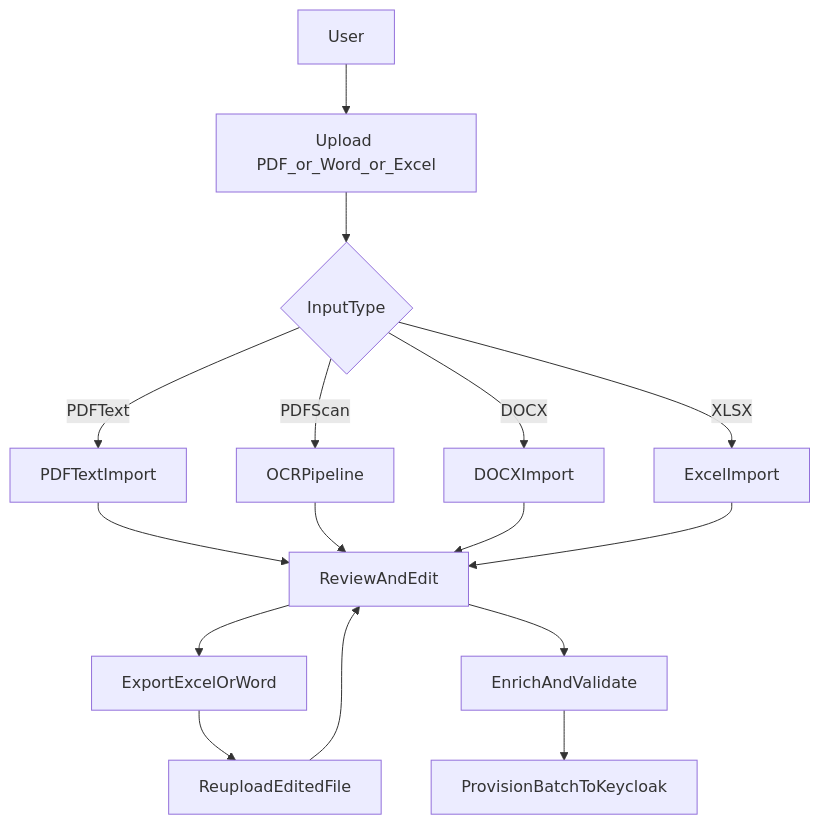
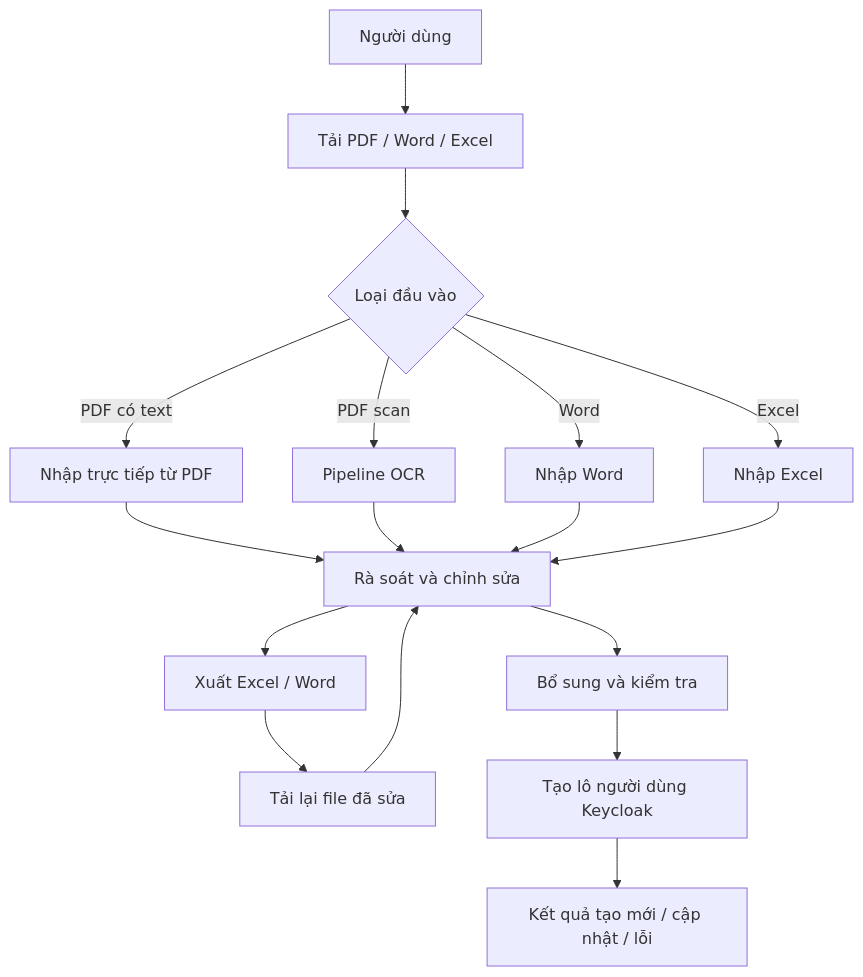
One commit to minh4doin1/ocr-banca changed the first of 2 diagrams in ocr-service/docs/bao-cao-he-thong-ocr-banca.md. Above: the diagram before and after it, drawn with Mermaid. The commit also changed other lines of this file and 7 other files, not shown here.

````diff
--- a/ocr-service/docs/bao-cao-he-thong-ocr-banca.md
+++ b/ocr-service/docs/bao-cao-he-thong-ocr-banca.md
@@ -63,18 +61,19 @@
 ```mermaid
 flowchart TD
-    user[User] --> upload[Upload PDF_or_Word_or_Excel]
-    upload --> detectInput{InputType}
-    detectInput -->|PDFText| pdfTextImport[PDFTextImport]
-    detectInput -->|PDFScan| ocrPipeline[OCRPipeline]
-    detectInput -->|DOCX| docxImport[DOCXImport]
-    detectInput -->|XLSX| excelImport[ExcelImport]
-    pdfTextImport --> review[ReviewAndEdit]
-    ocrPipeline --> review
-    docxImport --> review
-    excelImport --> review
-    review --> export[ExportExcelOrWord]
-    export --> reupload[ReuploadEditedFile]
-    reupload --> review
-    review --> enrich[EnrichAndValidate]
-    enrich --> provision[ProvisionBatchToKeycloak]
+    A[Người dùng] --> B[Tải PDF / Word / Excel]
+    B --> C{Loại đầu vào}
+    C -->|PDF có text| D[Nhập trực tiếp từ PDF]
+    C -->|PDF scan| E[Pipeline OCR]
+    C -->|Word| F[Nhập Word]
+    C -->|Excel| G[Nhập Excel]
+    D --> H[Rà soát và chỉnh sửa]
+    E --> H
+    F --> H
+    G --> H
+    H --> I[Xuất Excel / Word]
+    I --> J[Tải lại file đã sửa]
+    J --> H
+    H --> K[Bổ sung và kiểm tra]
+    K --> L[Tạo lô người dùng Keycloak]
+    L --> M[Kết quả tạo mới / cập nhật / lỗi]
 ```
````
